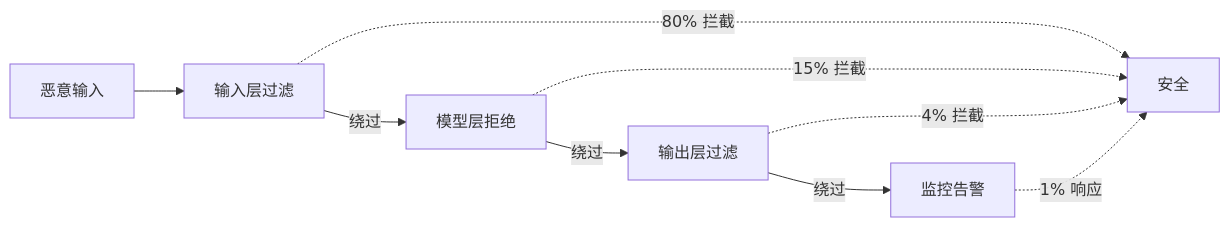
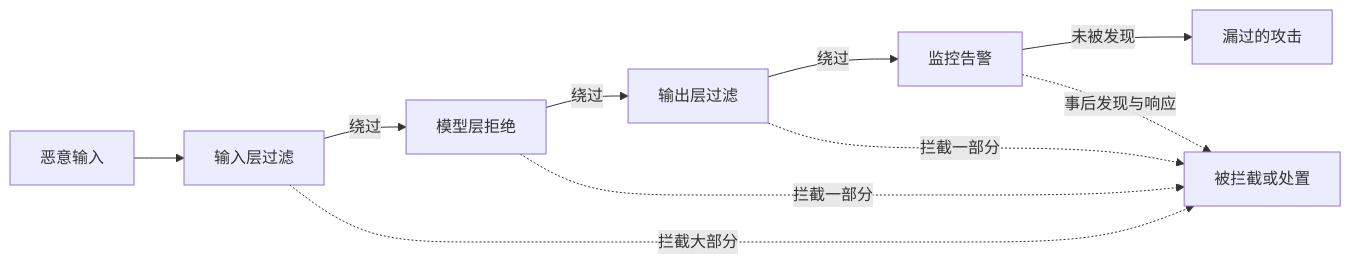
One commit to yeasy/ai_security_guide changed the third of 4 diagrams in 08_architecture/8.1_defense_depth.md. Above: the diagram before and after it, drawn with Mermaid. The commit also changed other lines of this file and 57 other files, not shown here.

````diff
--- a/08_architecture/8.1_defense_depth.md
+++ b/08_architecture/8.1_defense_depth.md
@@ -154,12 +154,13 @@
 ```mermaid
 flowchart LR
     A["恶意输入"] --> B["输入层过滤"]
     B --> |绕过| C["模型层拒绝"]
     C --> |绕过| D["输出层过滤"]
     D --> |绕过| E["监控告警"]
+    E --> |未被发现| F["漏过的攻击"]
 
-    B -.-> |"80% 拦截"| X["安全"]
-    C -.-> |"15% 拦截"| X
-    D -.-> |"4% 拦截"| X
-    E -.-> |"1% 响应"| X
+    B -.-> |"拦截大部分"| X["被拦截或处置"]
+    C -.-> |"拦截一部分"| X
+    D -.-> |"拦截一部分"| X
+    E -.-> |"事后发现与响应"| X
 ```
````
